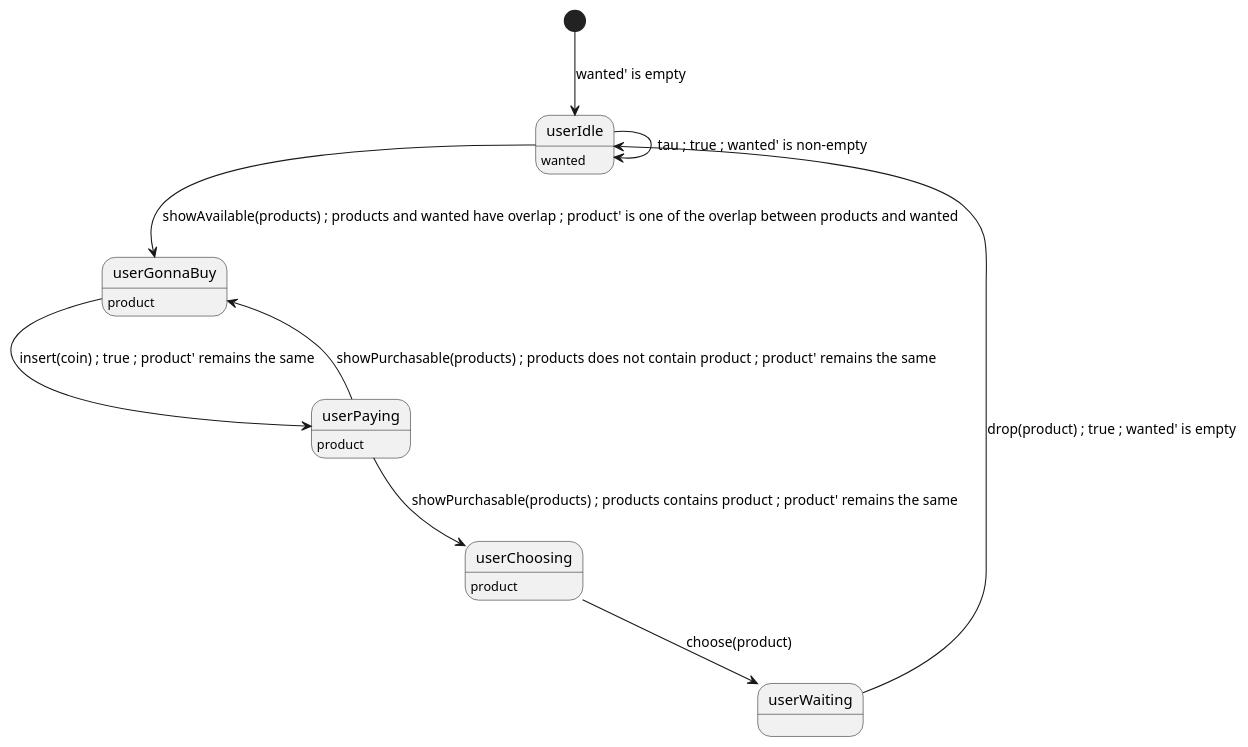
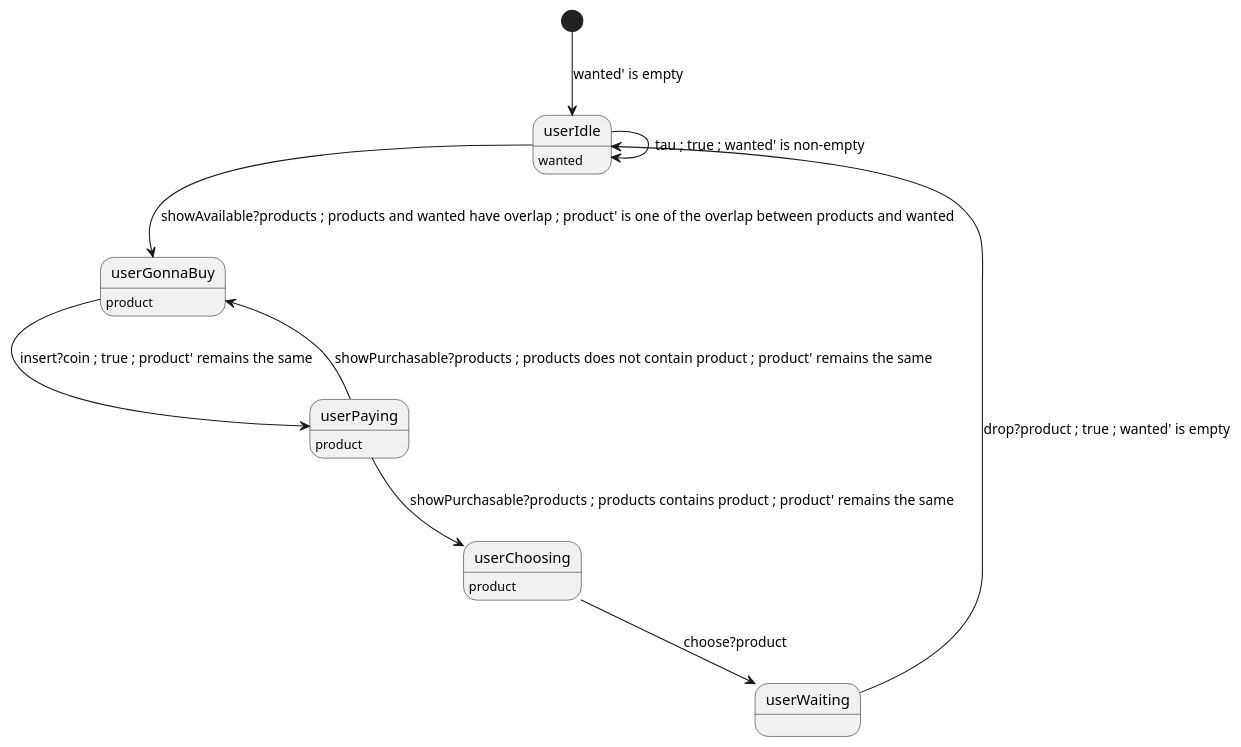
The diagram in examples/valid/user.puml (Kuniwak/puml-parallel), drawn with PlantUML before and after one commit. The commit also changed 86 other files, not shown here.

```diff
--- a/examples/valid/user.puml
+++ b/examples/valid/user.puml
@@ -1,22 +1,22 @@
 @startuml
 
 state "userIdle" as userIdle
 userIdle: wanted
 state "userGonnaBuy" as userGonnaBuy
 userGonnaBuy: product
 state "userPaying" as userPaying
 userPaying: product
 state "userChoosing" as userChoosing
 userChoosing: product
 state "userWaiting" as userWaiting
 
 [*] --> userIdle : wanted' is empty
 userIdle --> userIdle : tau ; true ; wanted' is non-empty
-userIdle --> userGonnaBuy : showAvailable(products) ; products and wanted have overlap ; product' is one of the overlap between products and wanted
-userGonnaBuy --> userPaying : insert(coin) ; true ; product' remains the same
-userPaying --> userGonnaBuy : showPurchasable(products) ; products does not contain product ; product' remains the same
-userPaying --> userChoosing : showPurchasable(products) ; products contains product ; product' remains the same
-userChoosing --> userWaiting : choose(product)
-userWaiting --> userIdle : drop(product) ; true ; wanted' is empty
+userIdle --> userGonnaBuy : showAvailable?products ; products and wanted have overlap ; product' is one of the overlap between products and wanted
+userGonnaBuy --> userPaying : insert?coin ; true ; product' remains the same
+userPaying --> userGonnaBuy : showPurchasable?products ; products does not contain product ; product' remains the same
+userPaying --> userChoosing : showPurchasable?products ; products contains product ; product' remains the same
+userChoosing --> userWaiting : choose?product
+userWaiting --> userIdle : drop?product ; true ; wanted' is empty
 
 @enduml
```
